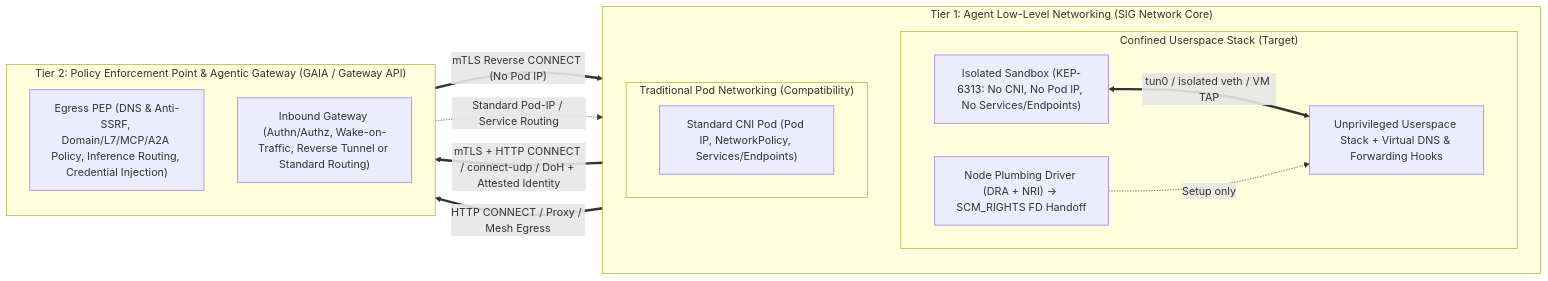
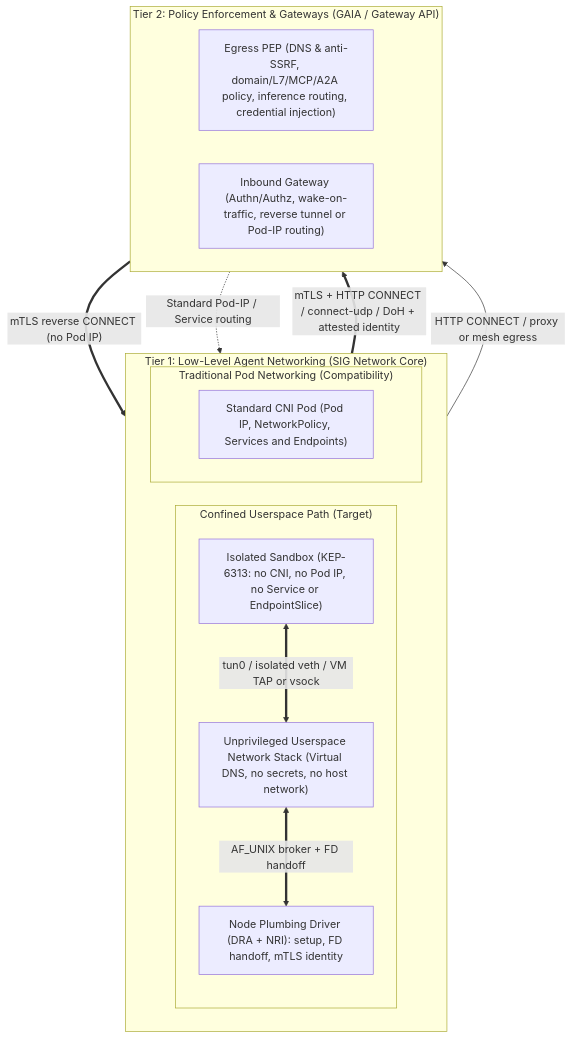
The diagram in docs/architecture.md (aojea/agents.net), drawn with Mermaid before and after one commit. The commit also changed other lines of this file, not shown here.

First line of the commit message:
docs: separate architecture from reference implementation and align with SIG Node

````diff
--- a/docs/architecture.md
+++ b/docs/architecture.md
@@ -29,28 +29,29 @@
 ```mermaid
-flowchart LR
-    subgraph T1["Tier 1: Agent Low-Level Networking (SIG Network Core)"]
-        direction TB
-        subgraph NewStack["Confined Userspace Stack (Target)"]
-            IsoPod["Isolated Sandbox (KEP-6313: No CNI, No Pod IP, No Services/Endpoints)"]
-            Plumbing["Node Plumbing Driver (DRA + NRI) -> SCM_RIGHTS FD Handoff"]
-            UStack["Unprivileged Userspace Stack + Virtual DNS & Forwarding Hooks"]
-            IsoPod <== "tun0 / isolated veth / VM TAP" ==> UStack
-            Plumbing -. "Setup only" .-> UStack
+flowchart TB
+    subgraph T1["Tier 1: Low-Level Agent Networking (SIG Network Core)"]
+        direction LR
+        subgraph NewStack["Confined Userspace Path (Target)"]
+            direction TB
+            IsoPod["Isolated Sandbox (KEP-6313: no CNI, no Pod IP, no Service or EndpointSlice)"]
+            UStack["Unprivileged Userspace Network Stack (Virtual DNS, no secrets, no host network)"]
+            Plumbing["Node Plumbing Driver (DRA + NRI): setup, FD handoff, mTLS identity"]
+            IsoPod <== "tun0 / isolated veth / VM TAP or vsock" ==> UStack
+            UStack <== "AF_UNIX broker + FD handoff" ==> Plumbing
         end
 
         subgraph TradStack["Traditional Pod Networking (Compatibility)"]
-            CNIPod["Standard CNI Pod (Pod IP, NetworkPolicy, Services/Endpoints)"]
+            CNIPod["Standard CNI Pod (Pod IP, NetworkPolicy, Services and Endpoints)"]
         end
     end
 
-    subgraph T2["Tier 2: Policy Enforcement Point & Agentic Gateway (GAIA / Gateway API)"]
-        direction TB
-        PEP["Egress PEP (DNS & Anti-SSRF, Domain/L7/MCP/A2A Policy, Inference Routing, Credential Injection)"]
-        IGW["Inbound Gateway (Authn/Authz, Wake-on-Traffic, Reverse Tunnel or Standard Routing)"]
+    subgraph T2["Tier 2: Policy Enforcement & Gateways (GAIA / Gateway API)"]
+        direction LR
+        PEP["Egress PEP (DNS & anti-SSRF, domain/L7/MCP/A2A policy, inference routing, credential injection)"]
+        IGW["Inbound Gateway (Authn/Authz, wake-on-traffic, reverse tunnel or Pod-IP routing)"]
     end
 
-    NewStack == "mTLS + HTTP CONNECT / connect-udp / DoH + Attested Identity" ==> PEP
-    TradStack == "HTTP CONNECT / Proxy / Mesh Egress" ==> PEP
-    IGW == "mTLS Reverse CONNECT (No Pod IP)" ==> NewStack
-    IGW -. "Standard Pod-IP / Service Routing" .-> TradStack
+    Plumbing == "mTLS + HTTP CONNECT / connect-udp / DoH + attested identity" ==> PEP
+    CNIPod --> |"HTTP CONNECT / proxy or mesh egress"| PEP
+    IGW == "mTLS reverse CONNECT (no Pod IP)" ==> Plumbing
+    IGW -.-> |"Standard Pod-IP / Service routing"| CNIPod
 ```
````
